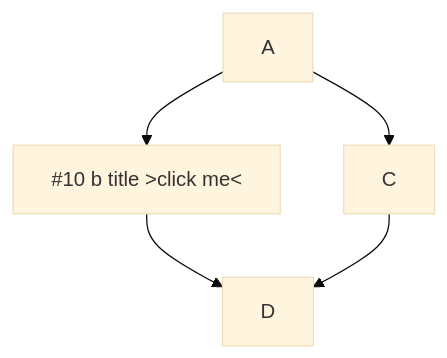
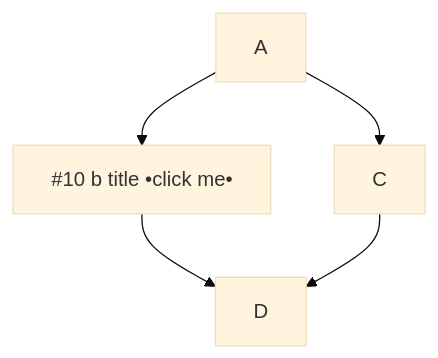
One commit to sdzialowski-godaddy/mermaid changed the first of 5 diagrams in README-template.md. Above: the diagram before and after it, drawn with Mermaid (base theme). The commit also changed 1 other file, not shown here.

Commit message:
clikc me

````diff
--- a/README-template.md
+++ b/README-template.md
@@ -27,7 +27,7 @@
 ```mermaid
   graph TD;
-      A-->B[#10 b title &gt;click me&lt;];
+      A-->B[#10 b title •click me•];
       A-->C;
       B-->D;
       C-->D;
 ```
````
